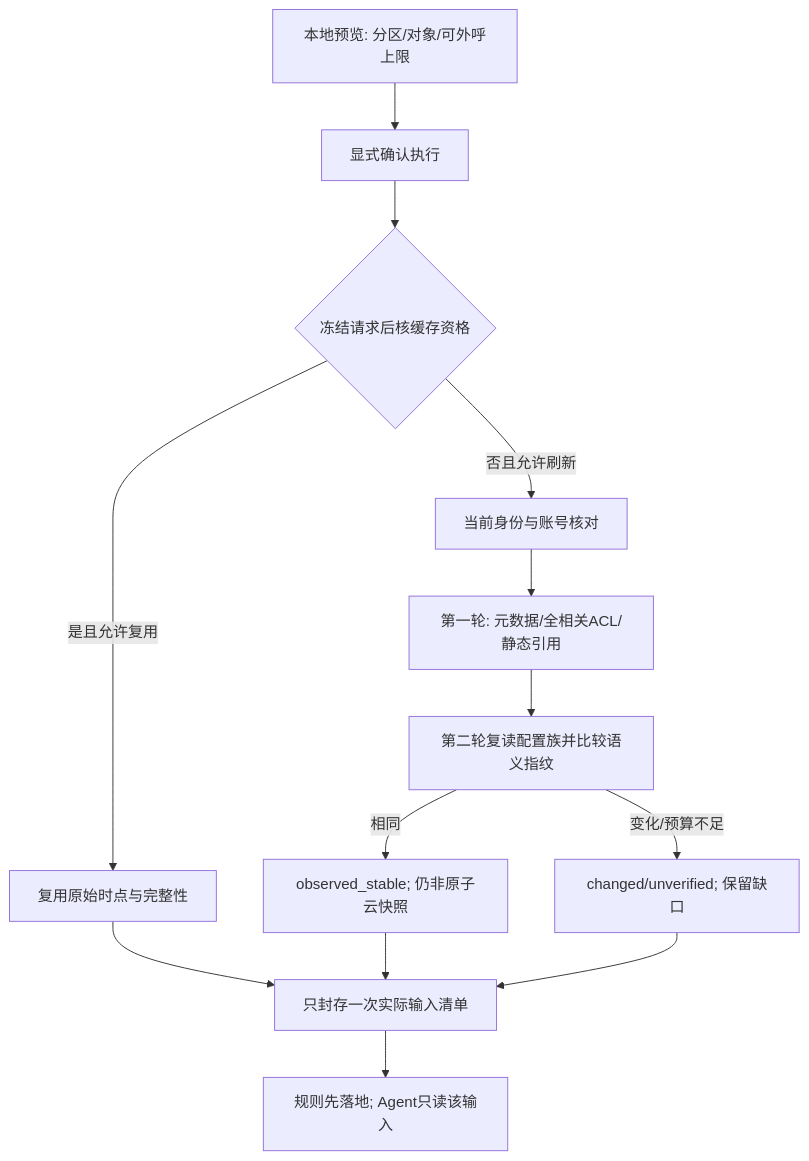
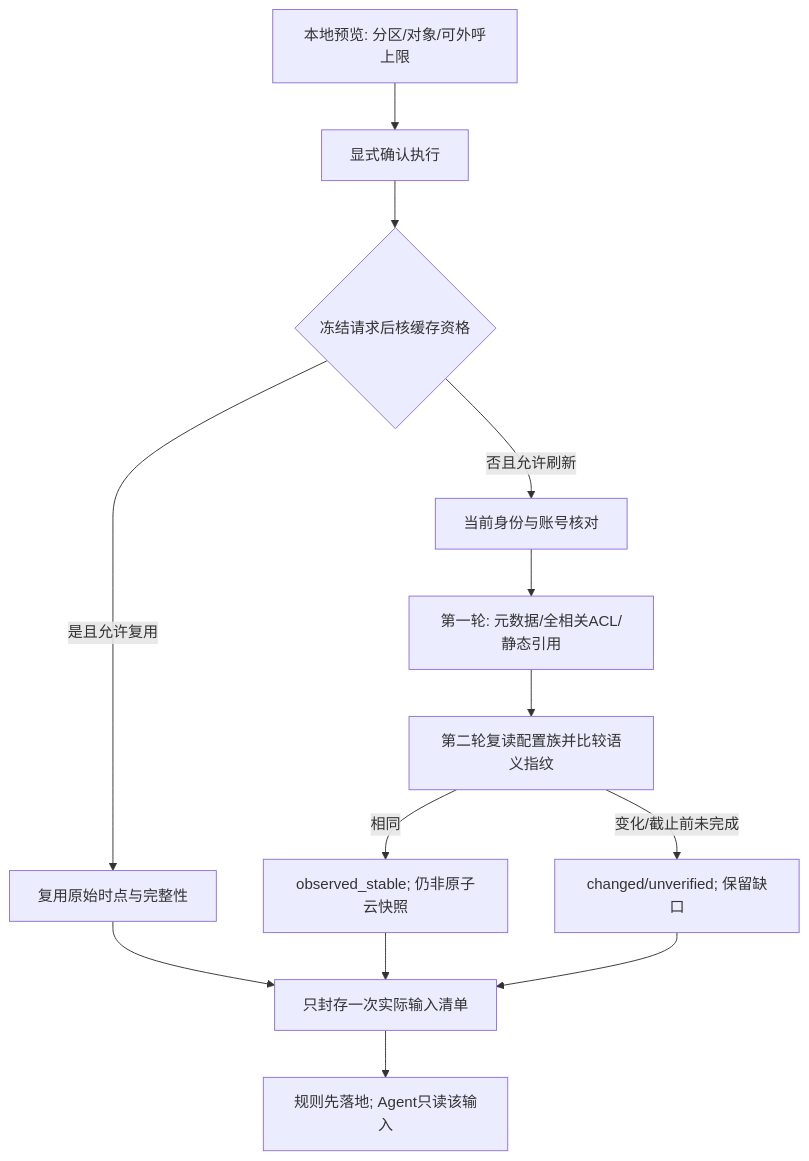
Before and after one commit to codelaod/cfw-policy-llm-agent: the diagram in docs/design/aliyun-collector.md, drawn with Mermaid. The commit also changed other lines of this file and 177 other files, not shown here.

````diff
--- a/docs/design/aliyun-collector.md
+++ b/docs/design/aliyun-collector.md
@@ -100,15 +101,15 @@
 ```mermaid
 flowchart TD
   P[本地预览: 分区/对象/可外呼上限] --> C[显式确认执行]
   C --> K{冻结请求后核缓存资格}
   K -->|是且允许复用| R[复用原始时点与完整性]
   K -->|否且允许刷新| I[当前身份与账号核对]
   I --> S[第一轮: 元数据/全相关ACL/静态引用]
   S --> V[第二轮复读配置族并比较语义指纹]
   V -->|相同| B[observed_stable; 仍非原子云快照]
-  V -->|变化/预算不足| U[changed/unverified; 保留缺口]
+  V -->|变化/截止前未完成| U[changed/unverified; 保留缺口]
   R --> M[只封存一次实际输入清单]
   B --> M
   U --> M
   M --> A[规则先落地; Agent只读该输入]
 ```
````
